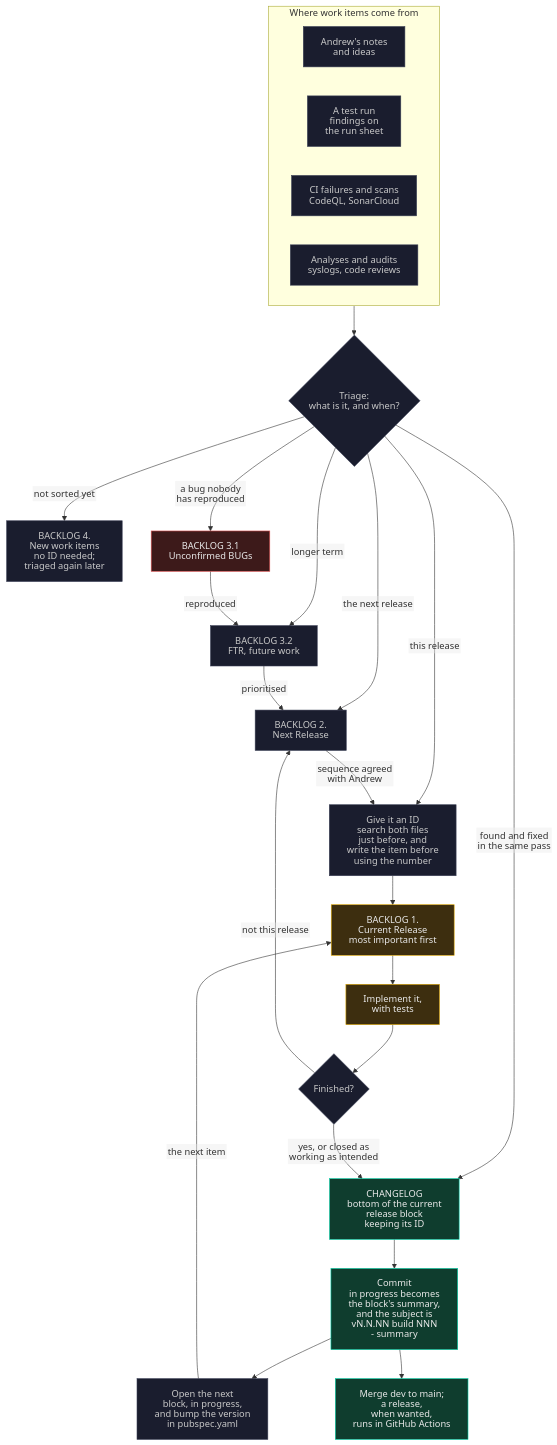
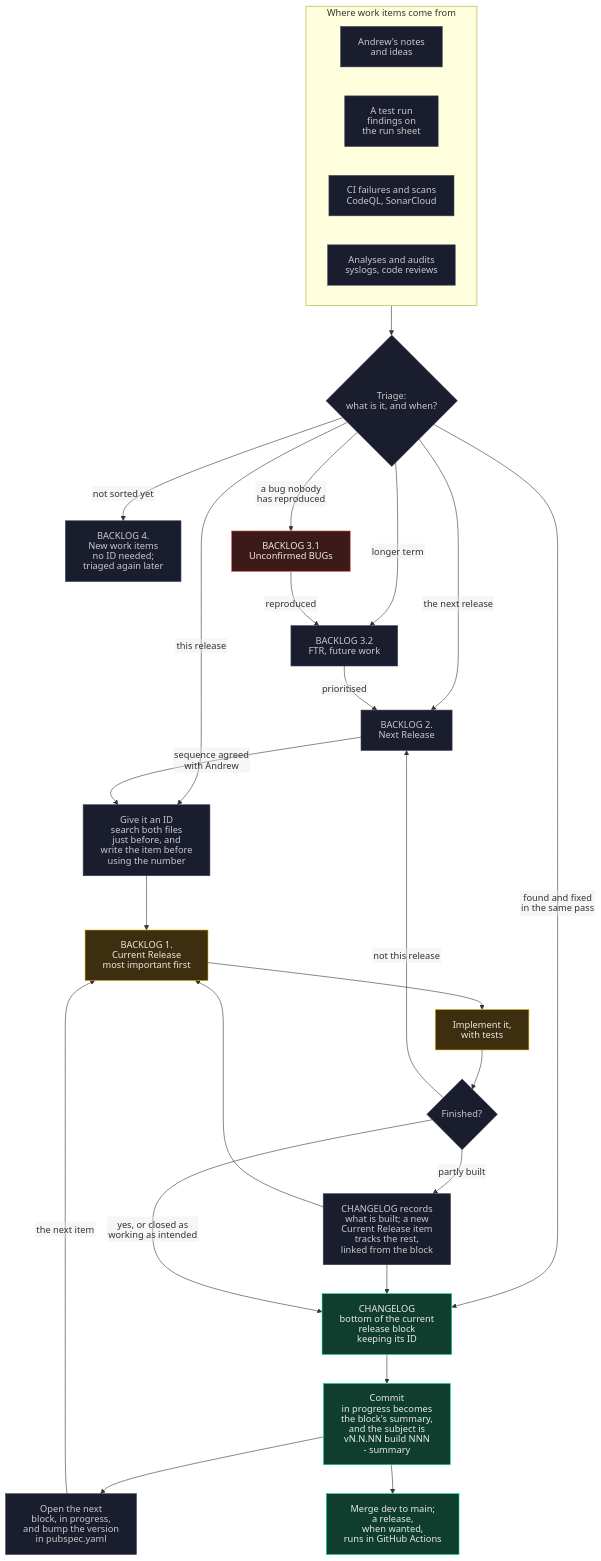
Before and after one commit to ExponentiallyDigital/cfg-pia-wg: the diagram in CHANGE-PROCESS.md, drawn with Mermaid. The commit also changed other lines of this file and 67 other files, not shown here.

````diff
--- a/CHANGE-PROCESS.md
+++ b/CHANGE-PROCESS.md
@@ -138,44 +149,47 @@
 ```mermaid
 %%{init: {"htmlLabels": false, "flowchart": {"wrappingWidth": 400}}}%%
 flowchart TB
     subgraph IN["Where work items come from"]
         S1["Andrew's notes<br/>and ideas"]
         S2["A test run<br/>findings on<br/>the run sheet"]
         S3["CI failures and scans<br/>CodeQL, SonarCloud"]
         S4["Analyses and audits<br/>syslogs, code reviews"]
     end
 
     IN --> TRI{"Triage:<br/>what is it, and when?"}
     TRI -->|"not sorted yet"| NEW["BACKLOG 4.<br/>New work items<br/>no ID needed;<br/>triaged again later"]
     TRI -->|"a bug nobody<br/>has reproduced"| UB["BACKLOG 3.1<br/>Unconfirmed BUGs"]
     TRI -->|"longer term"| BL["BACKLOG 3.2<br/>FTR, future work"]
     TRI -->|"the next release"| NEXTR["BACKLOG 2.<br/>Next Release"]
     TRI -->|"this release"| ID
     TRI -->|"found and fixed<br/>in the same pass"| BLOCK
 
     UB -->|"reproduced"| BL
     BL -->|"prioritised"| NEXTR
     NEXTR -->|"sequence agreed<br/>with Andrew"| ID
 
     ID["Give it an ID<br/>search both files<br/>just before, and<br/>write the item before<br/>using the number"] --> CUR
     CUR["BACKLOG 1.<br/>Current Release<br/>most important first"]
     CUR --> IMPL["Implement it,<br/>with tests"]
     IMPL --> DONE{"Finished?"}
     DONE -->|"not this release"| NEXTR
+    DONE -->|"partly built"| SPLIT["CHANGELOG records<br/>what is built; a new<br/>Current Release item<br/>tracks the rest,<br/>linked from the block"]
+    SPLIT --> BLOCK
+    SPLIT --> CUR
     DONE -->|"yes, or closed as<br/>working as intended"| BLOCK
 
     BLOCK["CHANGELOG<br/>bottom of the current<br/>release block<br/>keeping its ID"]
     BLOCK --> COMMIT["Commit<br/>in progress becomes<br/>the block's summary,<br/>and the subject is<br/>vN.N.NN build NNN<br/>- summary"]
     COMMIT --> NEXT["Open the next<br/>block, in progress,<br/>and bump the version<br/>in pubspec.yaml"]
     NEXT -->|"the next item"| CUR
     COMMIT --> MAIN["Merge dev to main;<br/>a release,<br/>when wanted,<br/>runs in GitHub Actions"]
 
     classDef go fill:#0F3D2E,stroke:#00D4AA,color:#E8E8E8
     classDef bad fill:#3D1A1A,stroke:#E05252,color:#E8E8E8
     classDef work fill:#3D2E0F,stroke:#E0A800,color:#E8E8E8
     classDef step fill:#1A1D2E,stroke:#3A3F55,color:#C8C8C8
-    class S1,S2,S3,S4,TRI,NEW,BL,NEXTR,ID,DONE,NEXT step
+    class S1,S2,S3,S4,TRI,NEW,BL,NEXTR,ID,DONE,NEXT,SPLIT step
     class UB bad
     class CUR,IMPL work
     class BLOCK,COMMIT,MAIN go
 ```
````
